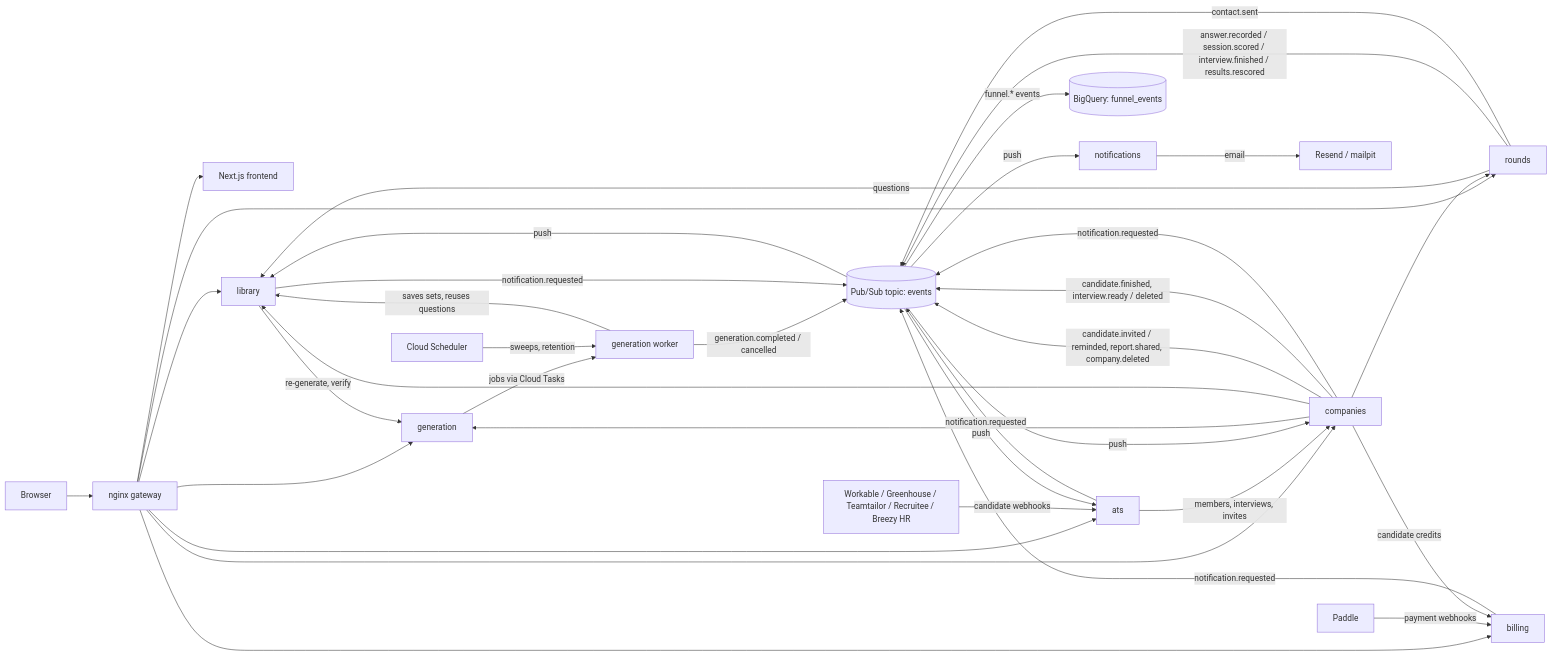
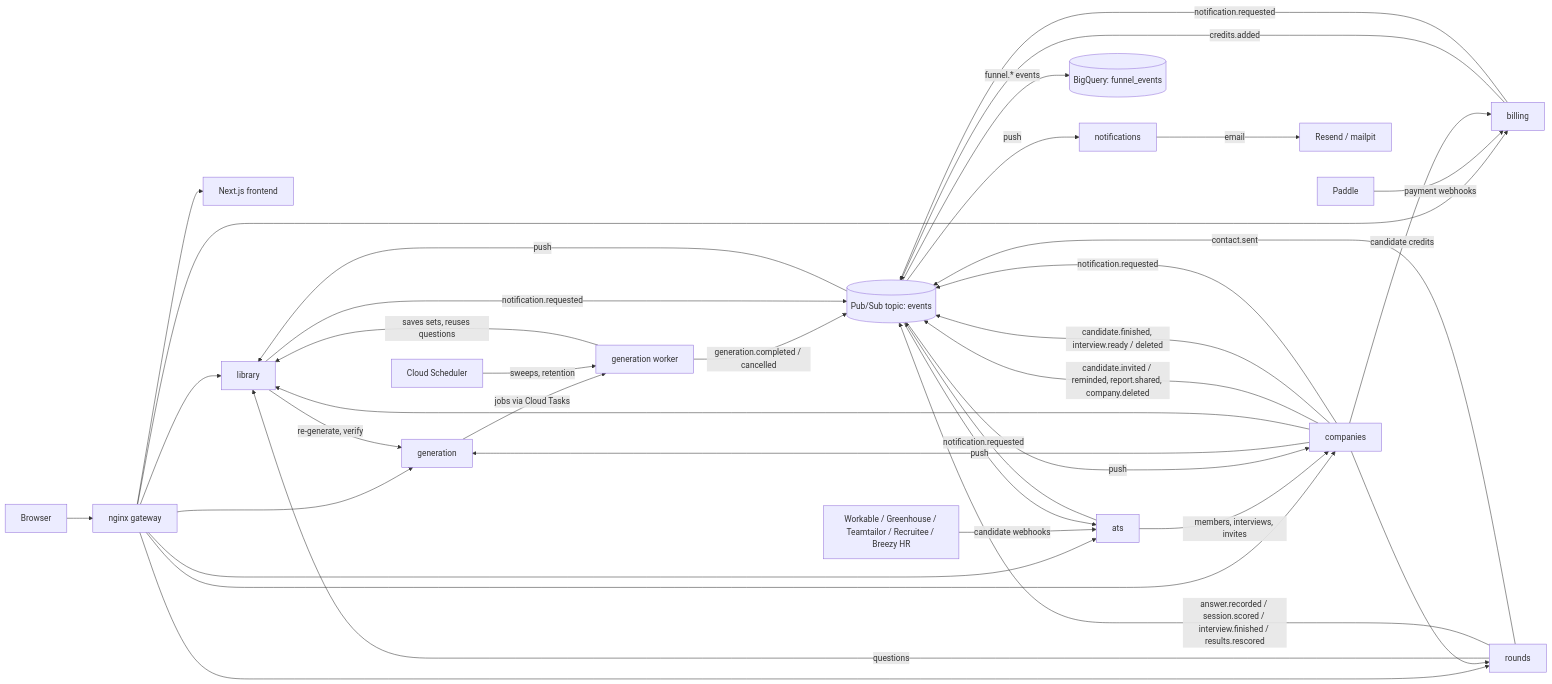
Before and after one commit to Vilsky-Viktor/ai-interview-prep-platform: the diagram in docs/architecture.md, drawn with Mermaid. The commit also changed 2 other files, not shown here.

Commit message:
docs: re-inviting ATS candidates once credits come

````diff
--- a/docs/architecture.md
+++ b/docs/architecture.md
@@ -14,36 +14,37 @@
 ```mermaid
 flowchart LR
     browser[Browser] --> gateway[nginx gateway]
     gateway --> frontend[Next.js frontend]
     gateway --> library
     gateway --> generation
     gateway --> rounds
     gateway --> companies
     gateway --> billing
     gateway --> ats
     paddle[Paddle] -- payment webhooks --> billing
     atss[Workable / Greenhouse / Teamtailor / Recruitee / Breezy HR] -- candidate webhooks --> ats
 
     generation -- jobs via Cloud Tasks --> worker[generation worker]
     scheduler[Cloud Scheduler] -- sweeps, retention --> worker
     worker -- saves sets, reuses questions --> library
     library -- re-generate, verify --> generation
     rounds -- questions --> library
     companies --> generation
     companies --> library
     companies --> rounds
     companies -- candidate credits --> billing
     ats -- members, interviews, invites --> companies
 
     rounds -- answer.recorded / session.scored / interview.finished / results.rescored --> pubsub[(Pub/Sub topic: events)]
     worker -- generation.completed / cancelled --> pubsub
     companies -- candidate.invited / reminded, report.shared, company.deleted --> pubsub
     companies -- candidate.finished, interview.ready / deleted --> pubsub
     rounds -- contact.sent --> pubsub
+    billing -- credits.added --> pubsub
     library & companies & billing & ats -- notification.requested --> pubsub
     pubsub -- push --> library
     pubsub -- push --> companies
     pubsub -- push --> ats
     pubsub -- push --> notifications -- email --> smtp[Resend / mailpit]
     pubsub -- funnel.* events --> bigquery[(BigQuery: funnel_events)]
 ```
````
